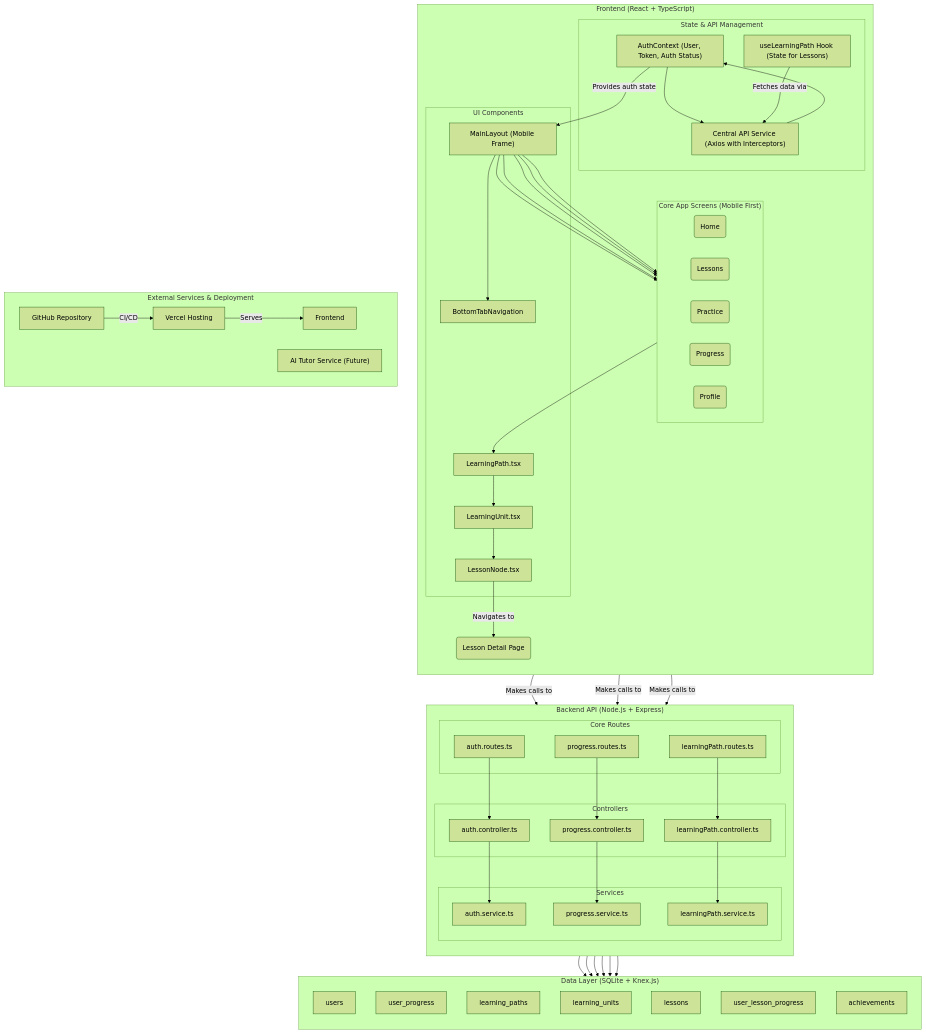
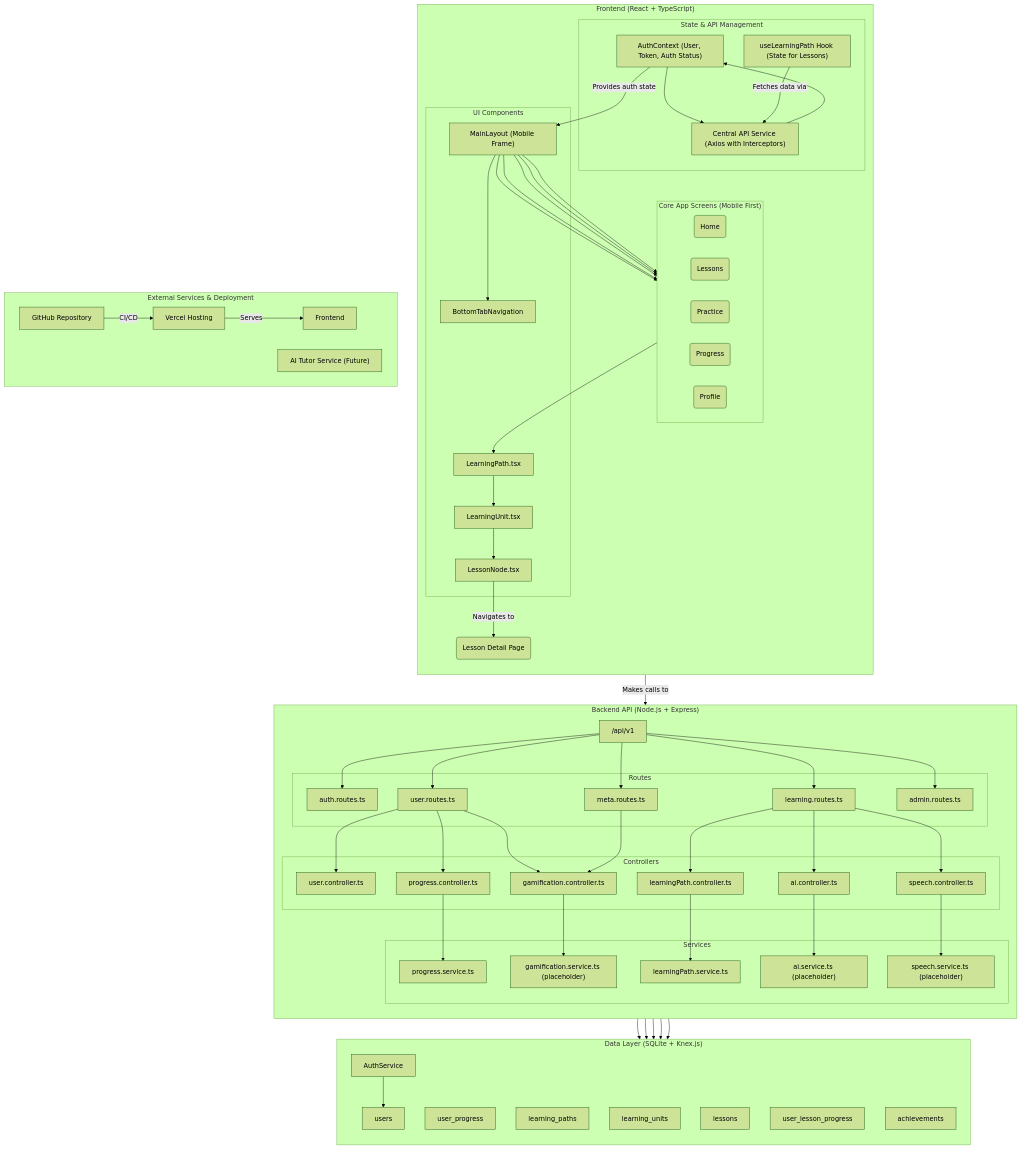
The diagram in docs/development_docs/architecture/system_architecture.mermaid (niklas-joh/french-learning-platform), drawn with Mermaid (forest theme) before and after one commit. The commit also changed 11 other files, not shown here.

First line of the commit message:
feat(api): Refactor and version API routes

```diff
--- a/docs/development_docs/architecture/system_architecture.mermaid
+++ b/docs/development_docs/architecture/system_architecture.mermaid
@@ -1,101 +1,126 @@
 graph TD
     subgraph "Frontend (React + TypeScript)"
         direction TB
 
         subgraph "State & API Management"
             AuthContext["AuthContext (User, Token, Auth Status)"]
             ApiService["Central API Service (Axios with Interceptors)"]
             useLearningPath["useLearningPath Hook (State for Lessons)"]
             AuthContext --> ApiService
             ApiService --> AuthContext
         end
 
         subgraph "Core App Screens (Mobile First)"
             direction LR
             HomePage(Home)
             LessonsPage(Lessons)
             PracticePage(Practice)
             ProgressPage(Progress)
             ProfilePage(Profile)
         end
 
         subgraph "UI Components"
             MainLayout["MainLayout (Mobile Frame)"]
             BottomNav["BottomTabNavigation"]
             LearningPath["LearningPath.tsx"]
             LearningUnit["LearningUnit.tsx"]
             LessonNode["LessonNode.tsx"]
         end
 
         MainLayout --> BottomNav
         MainLayout --> HomePage
         MainLayout --> LessonsPage
         MainLayout --> PracticePage
         MainLayout --> ProgressPage
         MainLayout --> ProfilePage
         
         LessonsPage --> LearningPath
         LearningPath --> LearningUnit
         LearningUnit --> LessonNode
         
         AuthContext -- "Provides auth state" --> MainLayout
         useLearningPath -- "Fetches data via" --> ApiService
         LessonNode -- "Navigates to" --> LessonPage(Lesson Detail Page)
     end
 
     subgraph "Backend API (Node.js + Express)"
         direction TB
-        
-        subgraph "Core Routes"
+
+        ApiGateway["/api/v1"]
+
+        subgraph "Routes"
+            UserRoutes["user.routes.ts"]
+            LearningRoutes["learning.routes.ts"]
+            MetaRoutes["meta.routes.ts"]
             AuthRoutes["auth.routes.ts"]
-            ProgressRoutes["progress.routes.ts"]
-            LearningPathRoutes["learningPath.routes.ts"]
+            AdminRoutes["admin.routes.ts"]
         end
 
         subgraph "Controllers"
-            AuthController["auth.controller.ts"]
+            UserController["user.controller.ts"]
             ProgressController["progress.controller.ts"]
+            GamificationController["gamification.controller.ts"]
             LearningPathController["learningPath.controller.ts"]
+            AIController["ai.controller.ts"]
+            SpeechController["speech.controller.ts"]
         end
 
         subgraph "Services"
-            AuthService["auth.service.ts"]
             ProgressService["progress.service.ts"]
             LearningPathService["learningPath.service.ts"]
+            GamificationService["gamification.service.ts (placeholder)"]
+            AIService["ai.service.ts (placeholder)"]
+            SpeechService["speech.service.ts (placeholder)"]
         end
         
-        AuthRoutes --> AuthController --> AuthService
-        ProgressRoutes --> ProgressController --> ProgressService
-        LearningPathRoutes --> LearningPathController --> LearningPathService
+        ApiGateway --> AuthRoutes
+        ApiGateway --> UserRoutes
+        ApiGateway --> LearningRoutes
+        ApiGateway --> MetaRoutes
+        ApiGateway --> AdminRoutes
+
+        UserRoutes --> UserController
+        UserRoutes --> ProgressController
+        UserRoutes --> GamificationController
+        
+        LearningRoutes --> LearningPathController
+        LearningRoutes --> AIController
+        LearningRoutes --> SpeechController
+
+        MetaRoutes --> GamificationController
+
+        ProgressController --> ProgressService
+        GamificationController --> GamificationService
+        LearningPathController --> LearningPathService
+        AIController --> AIService
+        SpeechController --> SpeechService
     end
 
     subgraph "Data Layer (SQLite + Knex.js)"
         direction TB
         Users["users"]
         UserProgress["user_progress"]
         LearningPaths["learning_paths"]
         LearningUnits["learning_units"]
         Lessons["lessons"]
         UserLessonProgress["user_lesson_progress"]
         Achievements["achievements"]
         
         AuthService --> Users
         ProgressService --> UserProgress
         LearningPathService --> LearningPaths
         LearningPathService --> LearningUnits
         LearningPathService --> Lessons
         LearningPathService --> UserLessonProgress
     end
 
     subgraph "External Services & Deployment"
         GitHub["GitHub Repository"]
         Vercel["Vercel Hosting"]
         AI_Tutor["AI Tutor Service (Future)"]
         
         GitHub -- "CI/CD" --> Vercel
         Vercel -- "Serves" --> Frontend
     end
 
-    ApiService -- "Makes calls to" --> AuthRoutes
-    ApiService -- "Makes calls to" --> ProgressRoutes
-    ApiService -- "Makes calls to" --> LearningPathRoutes
+    ApiService -- "Makes calls to" --> ApiGateway
```
